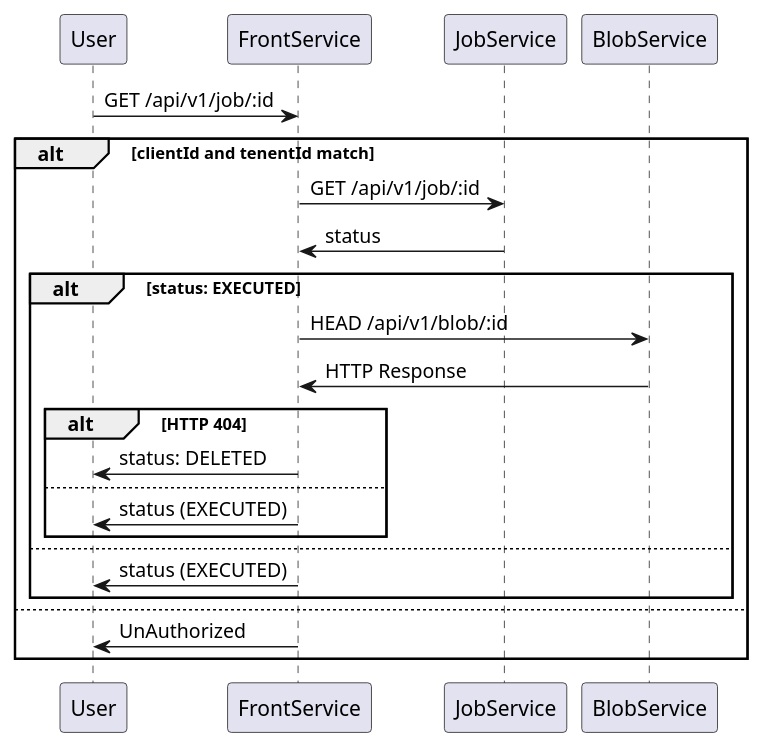
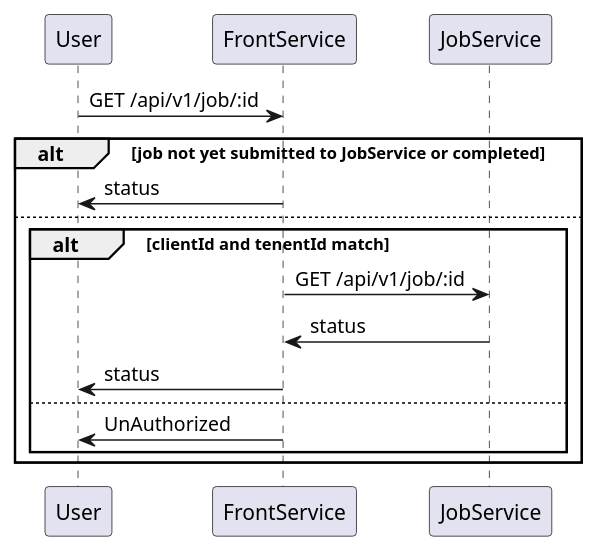
Before and after one commit to enricodangelo/ptc_test: the diagram in diagrams/getstatus_ok_sequence_diagram.puml, drawn with PlantUML. The commit also changed 30 other files, not shown here.

```diff
--- a/diagrams/getstatus_ok_sequence_diagram.puml
+++ b/diagrams/getstatus_ok_sequence_diagram.puml
@@ -1,22 +1,15 @@
 @startuml
 User -> FrontService: GET /api/v1/job/:id
-
-alt clientId and tenentId match
-  FrontService -> JobService: GET /api/v1/job/:id
-  JobService -> FrontService: status
-  alt status: EXECUTED
-    FrontService -> BlobService: HEAD /api/v1/blob/:id
-    BlobService -> FrontService: HTTP Response
-    alt HTTP 404
-      FrontService -> User: status: DELETED
-    else
-      FrontService -> User: status (EXECUTED)
-    end
+alt job not yet submitted to JobService or completed
+  FrontService -> User: status
+else
+  alt clientId and tenentId match
+    FrontService -> JobService: GET /api/v1/job/:id
+    JobService -> FrontService: status
+    FrontService -> User: status
   else
-    FrontService -> User: status (EXECUTED)
+  ' User is not owner of job
+    FrontService -> User: UnAuthorized
   end
-else
-  ' User is not owner of job
-  FrontService -> User: UnAuthorized
 end
 @enduml
```
